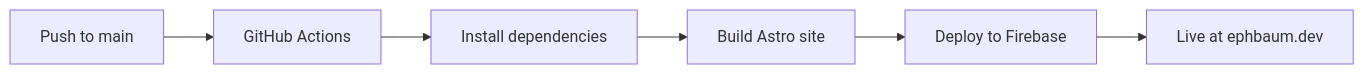
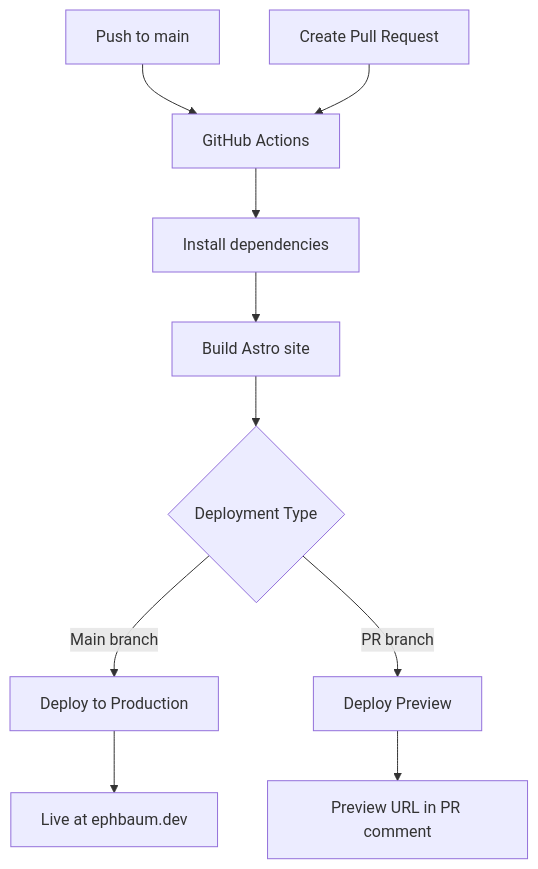
Before and after one commit to ephbaum/ephbaumdotdev: the diagram in README.md, drawn with Mermaid. The commit also changed other lines of this file, not shown here.

First line of the commit message:
docs: update README to reflect current Vercel deployment and new-post script

````diff
--- a/README.md
+++ b/README.md
@@ -222,8 +249,12 @@
 ```mermaid
-graph LR
+graph TD
     A[Push to main] --> B[GitHub Actions]
-    B --> C[Install dependencies]
-    C --> D[Build Astro site]
-    D --> E[Deploy to Firebase]
-    E --> F[Live at ephbaum.dev]
+    C[Create Pull Request] --> B
+    B --> D[Install dependencies]
+    D --> E[Build Astro site]
+    E --> F{Deployment Type}
+    F -->|Main branch| G[Deploy to Production]
+    F -->|PR branch| H[Deploy Preview]
+    G --> I[Live at ephbaum.dev]
+    H --> J[Preview URL in PR comment]
 ```
````
